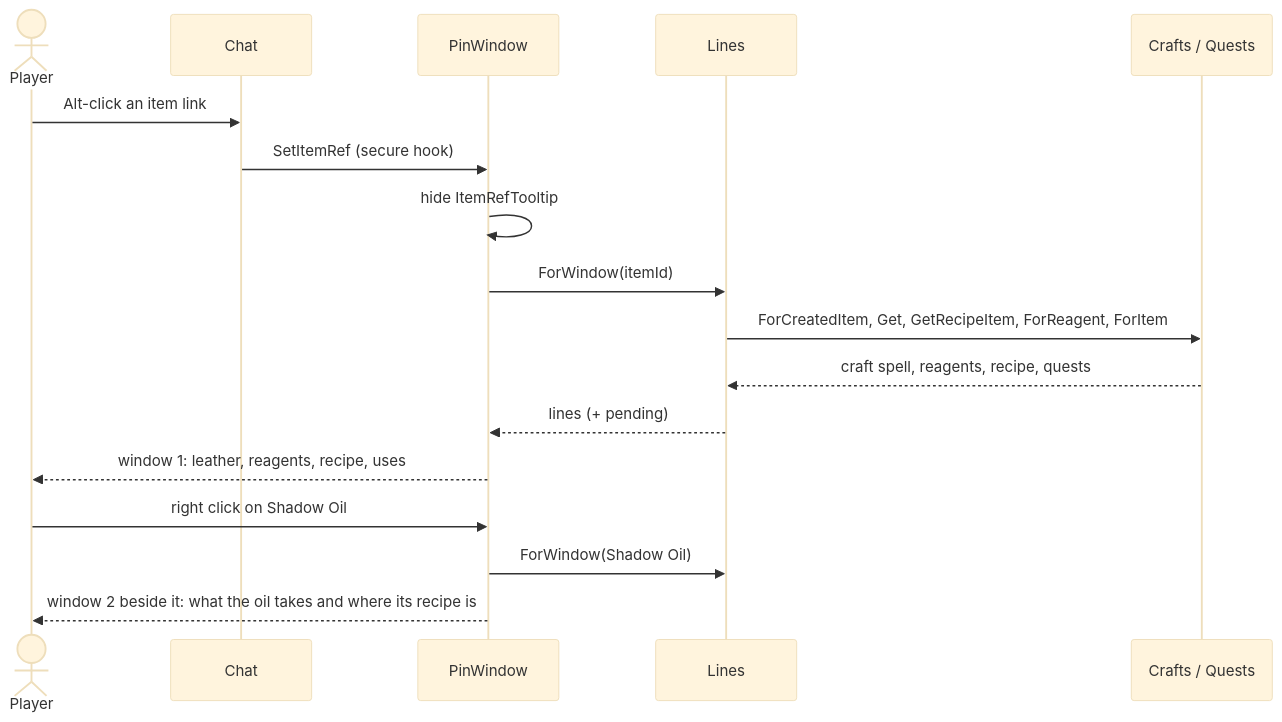
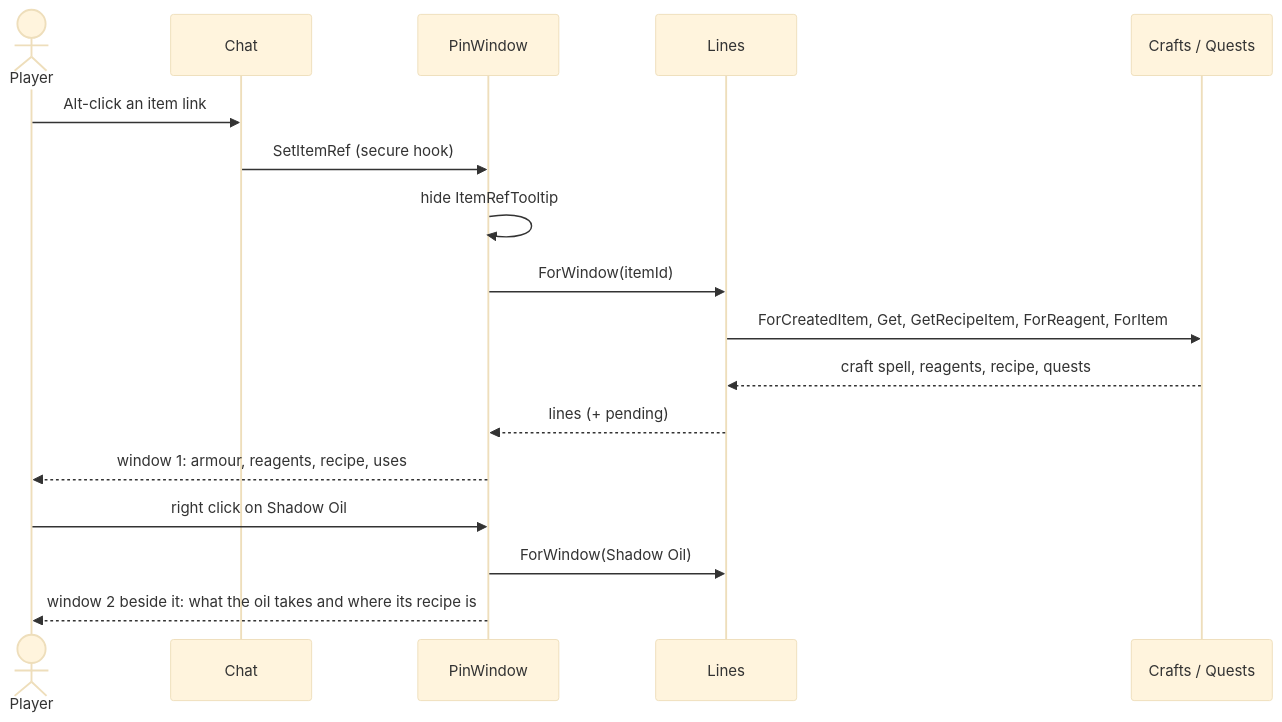
Before and after one commit to ReSenpai/craft-compass: the second of 2 diagrams in docs/ARCHITECTURE.md, drawn with Mermaid (base theme). The commit also changed other lines of this file and 13 other files, not shown here.

````diff
--- a/docs/ARCHITECTURE.md
+++ b/docs/ARCHITECTURE.md
@@ -202,19 +225,19 @@
 ```mermaid
 sequenceDiagram
     actor P as Player
     participant C as Chat
     participant W as PinWindow
     participant L as Lines
     participant Cr as Crafts / Quests
     P->>C: Alt-click an item link
     C->>W: SetItemRef (secure hook)
     W->>W: hide ItemRefTooltip
     W->>L: ForWindow(itemId)
     L->>Cr: ForCreatedItem, Get, GetRecipeItem, ForReagent, ForItem
     Cr-->>L: craft spell, reagents, recipe, quests
     L-->>W: lines (+ pending)
-    W-->>P: window 1: leather, reagents, recipe, uses
+    W-->>P: window 1: armour, reagents, recipe, uses
     P->>W: right click on Shadow Oil
     W->>L: ForWindow(Shadow Oil)
     W-->>P: window 2 beside it: what the oil takes and where its recipe is
 ```
````
